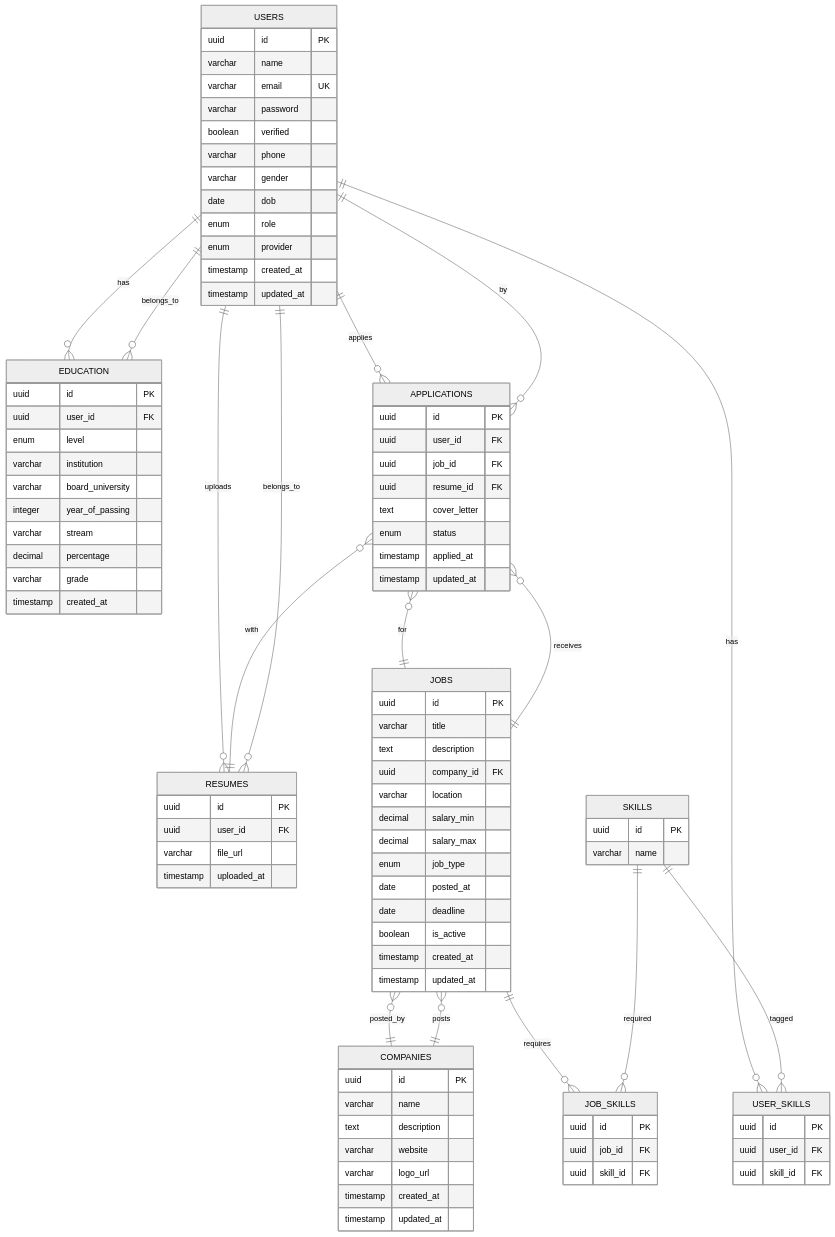
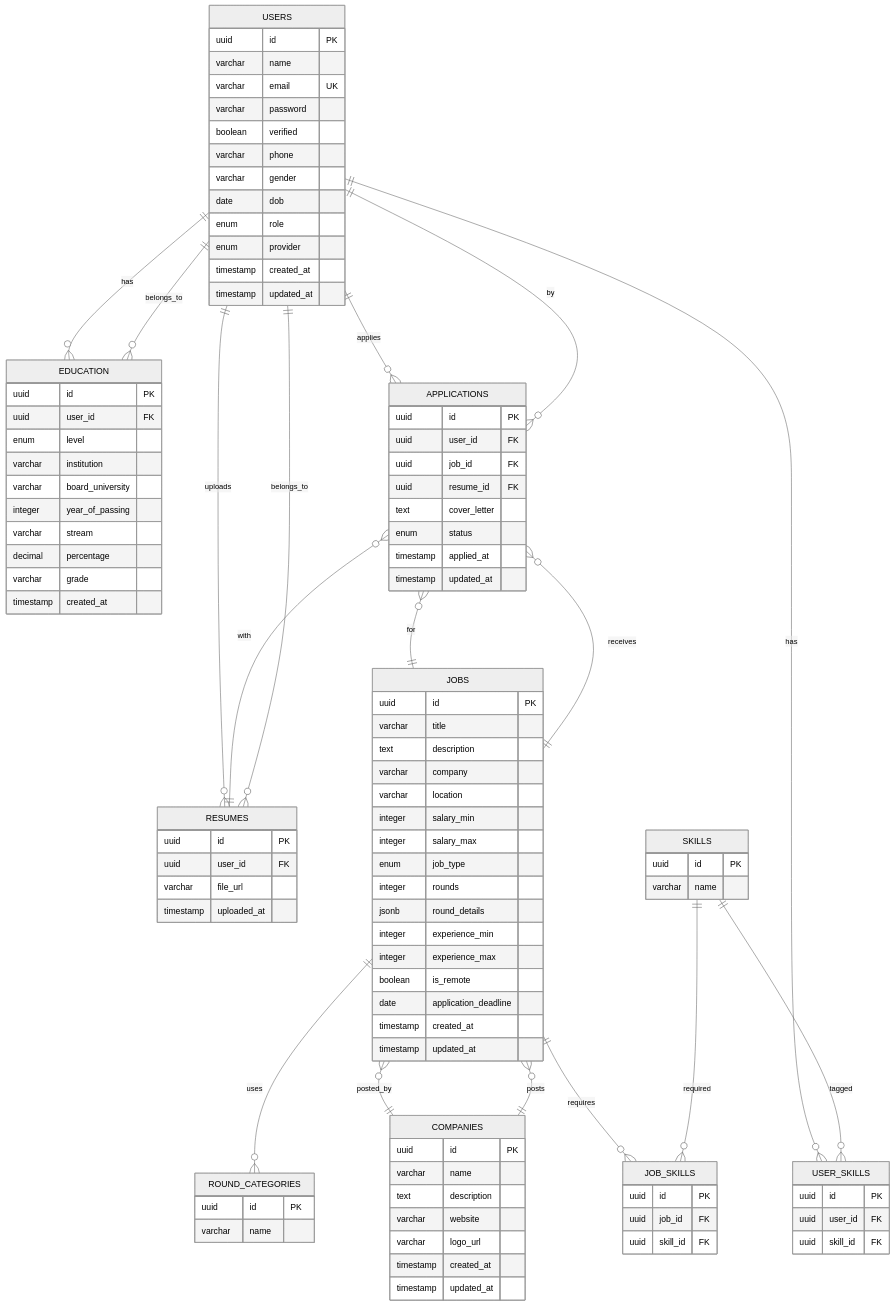
One commit to lohit-dev/Advanced-Job-Portal-Api changed the diagram in database_schema.md. Above: the diagram before and after it, drawn with Mermaid (neutral theme). The commit also changed other lines of this file and 12 other files, not shown here.

````diff
--- a/database_schema.md
+++ b/database_schema.md
@@ -76,14 +130,17 @@
         uuid id PK
         varchar title
         text description
-        uuid company_id FK
+        varchar company
         varchar location
-        decimal salary_min
-        decimal salary_max
+        integer salary_min
+        integer salary_max
         enum job_type
-        date posted_at
-        date deadline
-        boolean is_active
+        integer rounds
+        jsonb round_details
+        integer experience_min
+        integer experience_max
+        boolean is_remote
+        date application_deadline
         timestamp created_at
         timestamp updated_at
     }
@@ -116,6 +173,11 @@
         uuid skill_id FK
     }
 
+    ROUND_CATEGORIES {
+        uuid id PK
+        varchar name
+    }
+
     USERS ||--o{ EDUCATION : "has"
     USERS ||--o{ RESUMES : "uploads"
     USERS ||--o{ APPLICATIONS : "applies"
@@ -131,4 +193,5 @@
     COMPANIES ||--o{ JOBS : "posts"
     SKILLS ||--o{ USER_SKILLS : "tagged"
     SKILLS ||--o{ JOB_SKILLS : "required"
+    JOBS ||--o{ ROUND_CATEGORIES : "uses"
 ```
````
